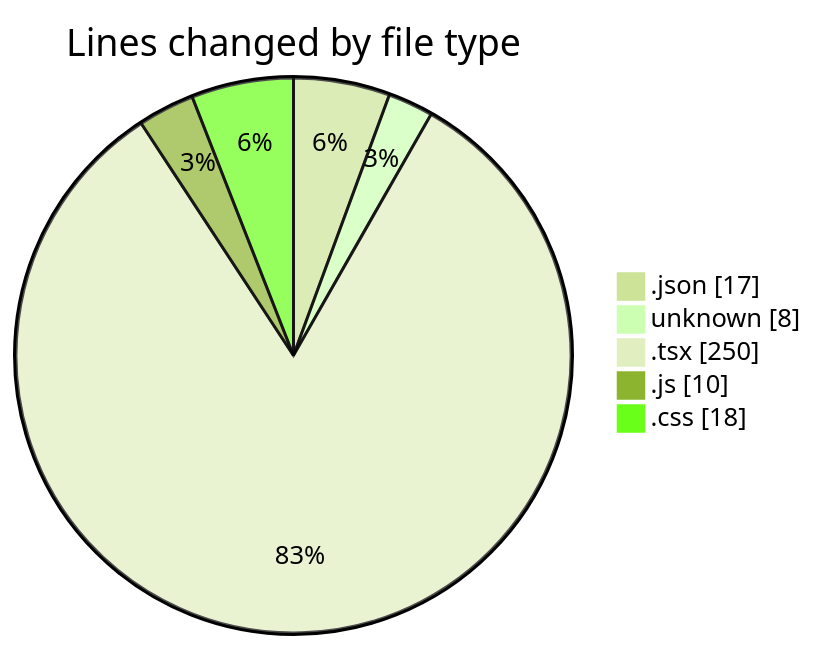
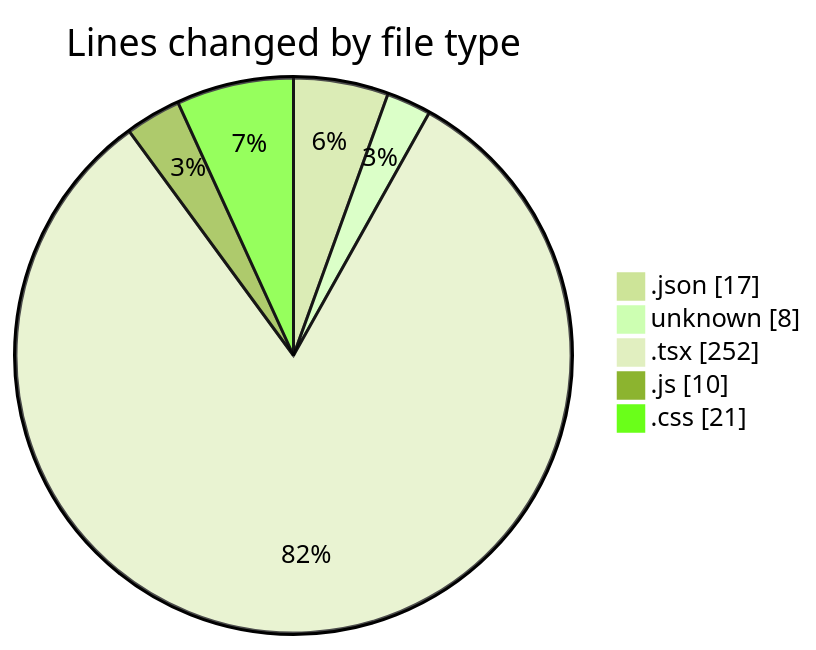
The first of 2 diagrams in 2025-05-02/niten/README.md (Elitesun/code-tracking), drawn with Mermaid (forest theme) before and after one commit. The commit also changed other lines of this file and 1 other file, not shown here.

````diff
--- a/2025-05-02/niten/README.md
+++ b/2025-05-02/niten/README.md
@@ -28,9 +28,9 @@
 ```mermaid
 pie showData
 title Lines changed by file type
 ".json" : 17
 "unknown" : 8
-".tsx" : 250
+".tsx" : 252
 ".js" : 10
-".css" : 18
+".css" : 21
 ```
````
